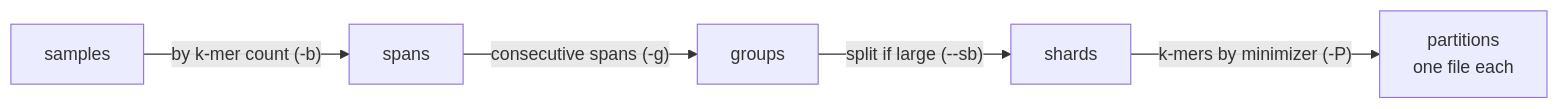
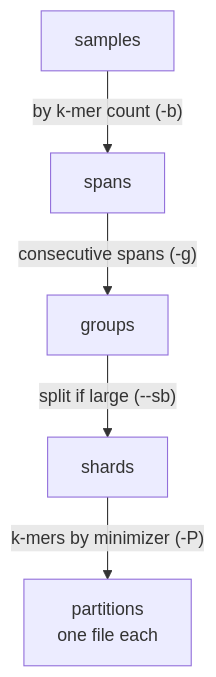
Before and after one commit to sebllns/kmhelpers: the diagram in docs/concepts/terms.md, drawn with Mermaid.

Commit message:
flowchart LR -> flowchart TB

````diff
--- a/docs/concepts/terms.md
+++ b/docs/concepts/terms.md
@@ -31,7 +31,7 @@
 ```mermaid
-flowchart LR
+flowchart TB
     S["samples"] -->|"by k-mer count (-b)"| SP["spans"]
     SP -->|"consecutive spans (-g)"| G["groups"]
     G -->|"split if large (--sb)"| SH["shards"]
     SH -->|"k-mers by minimizer (-P)"| P["partitions<br/>one file each"]
 ```
````
